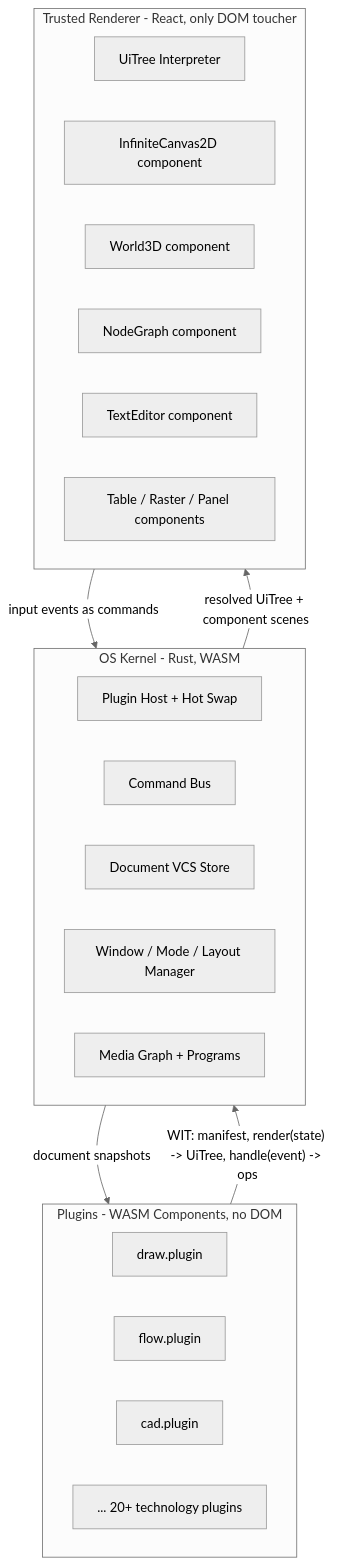
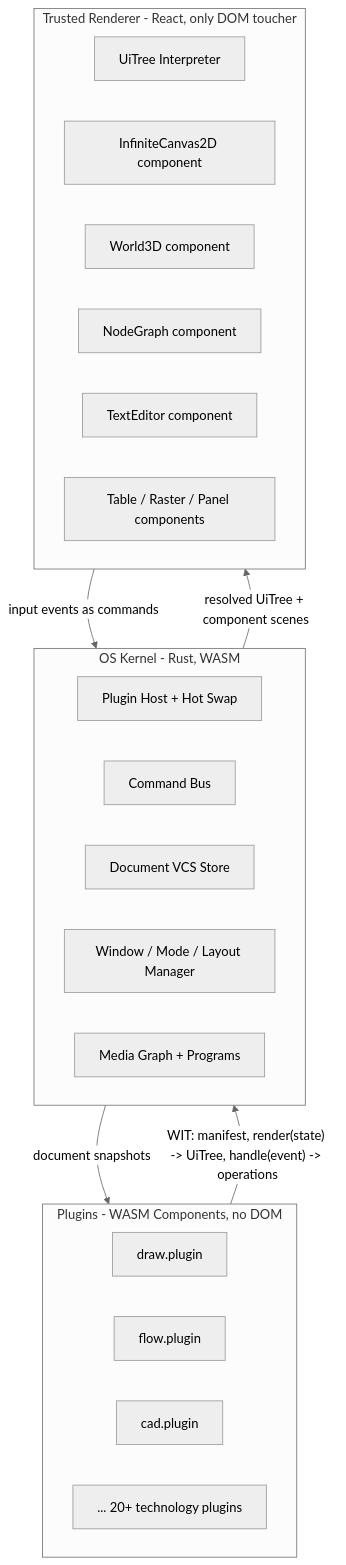
The diagram in .cursor/plans/rust_plugin_framework_migration_a0decb35.plan.md (usalu/semio), drawn with Mermaid (neutral theme) before and after one commit. The commit also changed other lines of this file and 513 other files, not shown here.

````diff
--- a/.cursor/plans/rust_plugin_framework_migration_a0decb35.plan.md
+++ b/.cursor/plans/rust_plugin_framework_migration_a0decb35.plan.md
@@ -56,31 +56,31 @@
 ```mermaid
 flowchart TB
   subgraph plugins [Plugins - WASM Components, no DOM]
     drawPlugin[draw.plugin]
     flowPlugin[flow.plugin]
     cadPlugin[cad.plugin]
     morePlugins[... 20+ technology plugins]
   end
 
   subgraph kernel [OS Kernel - Rust, WASM]
     pluginHost[Plugin Host + Hot Swap]
     commandBus[Command Bus]
     vcsStore[Document VCS Store]
     windowMgr[Window / Mode / Layout Manager]
     mediaGraph[Media Graph + Programs]
   end
 
   subgraph renderer [Trusted Renderer - React, only DOM toucher]
     uiInterpreter[UiTree Interpreter]
     canvas2d[InfiniteCanvas2D component]
     world3d[World3D component]
     nodeGraph[NodeGraph component]
     textEditor[TextEditor component]
     tableComp[Table / Raster / Panel components]
   end
 
-  plugins -->|"WIT: manifest, render(state) -> UiTree, handle(event) -> ops"| kernel
+  plugins -->|"WIT: manifest, render(state) -> UiTree, handle(event) -> operations"| kernel
   kernel -->|"resolved UiTree + component scenes"| renderer
   renderer -->|"input events as commands"| kernel
   kernel -->|"document snapshots"| plugins
 ```
````
